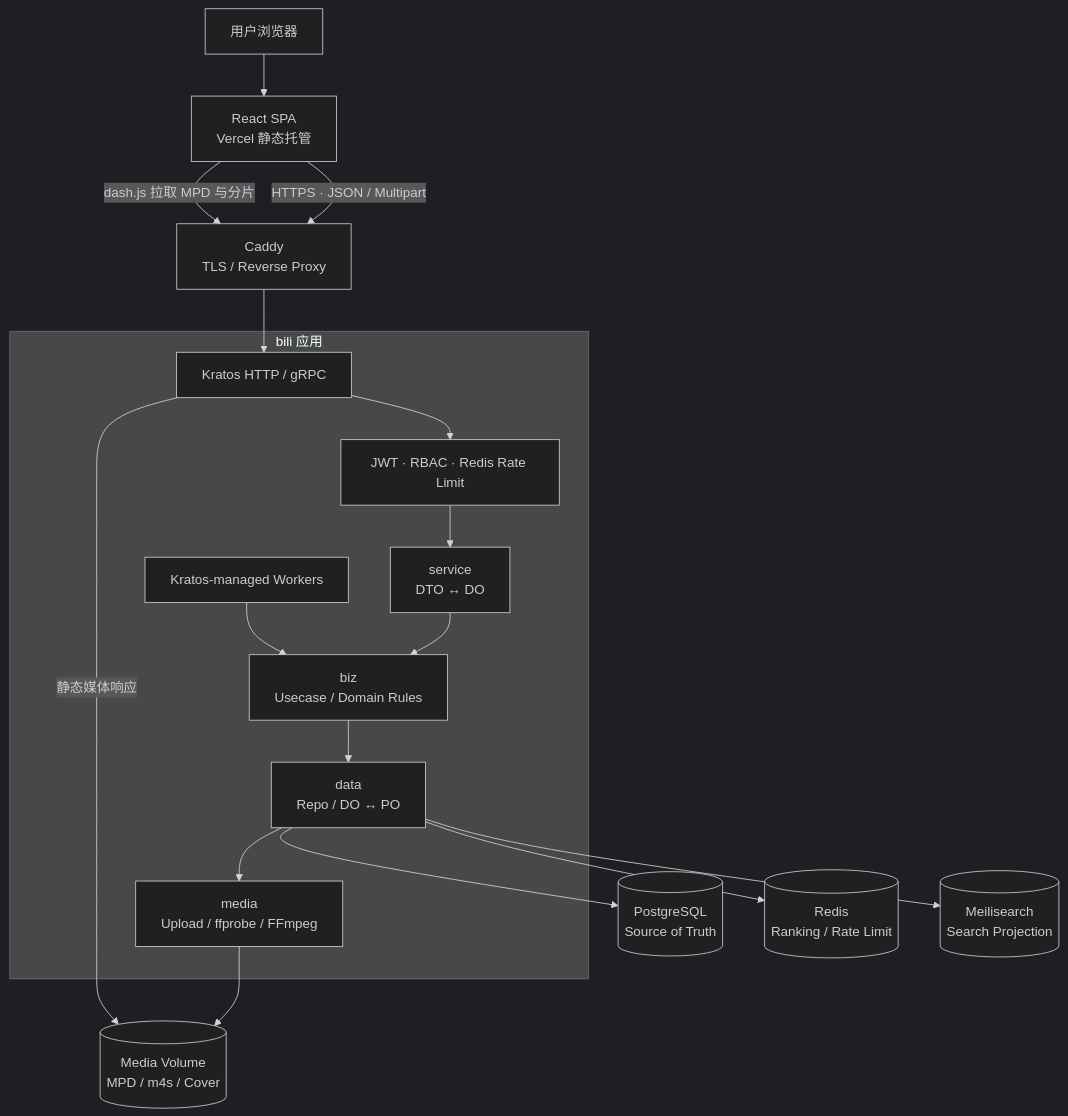
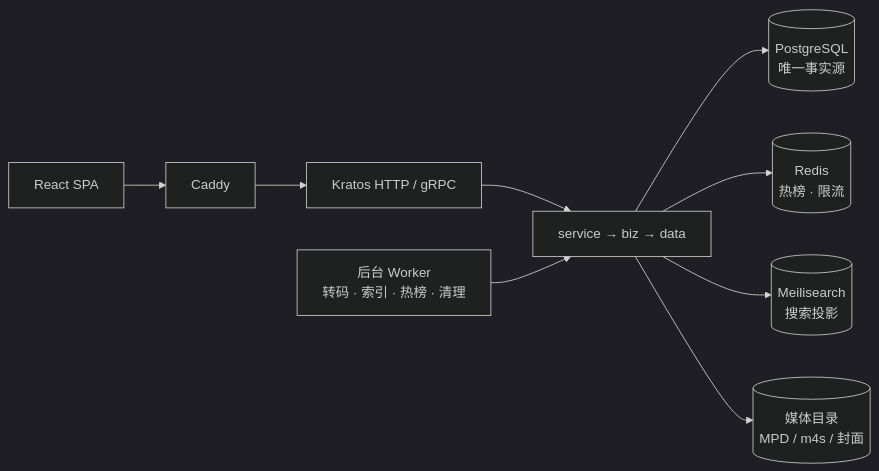
One commit to Jingmozhiyu/bilibili-lite changed the first of 2 diagrams in README.md. Above: the diagram before and after it, drawn with Mermaid (dark theme). The commit also changed other lines of this file and 1 other file, not shown here.

````diff
--- a/README.md
+++ b/README.md
@@ -32,22 +18,10 @@
 ```mermaid
-flowchart TB
-    User["用户浏览器"] --> Web["React SPA<br/>Vercel 静态托管"]
-    Web -->|"HTTPS · JSON / Multipart"| Caddy["Caddy<br/>TLS / Reverse Proxy"]
-    Caddy --> API["Kratos HTTP / gRPC"]
-
-    subgraph App["bili 应用"]
-        API --> MW["JWT · RBAC · Redis Rate Limit"]
-        MW --> Service["service<br/>DTO ↔ DO"]
-        Service --> Biz["biz<br/>Usecase / Domain Rules"]
-        Biz --> Data["data<br/>Repo / DO ↔ PO"]
-        Workers["Kratos-managed Workers"] --> Biz
-        Data --> Media["media<br/>Upload / ffprobe / FFmpeg"]
-    end
-
-    Data --> PG[("PostgreSQL<br/>Source of Truth")]
-    Data --> Redis[("Redis<br/>Ranking / Rate Limit")]
-    Data --> Meili[("Meilisearch<br/>Search Projection")]
-    Media --> Files[("Media Volume<br/>MPD / m4s / Cover")]
-    API -->|"静态媒体响应"| Files
-    Web -->|"dash.js 拉取 MPD 与分片"| Caddy
+flowchart LR
+    Web["React SPA"] --> Caddy["Caddy"] --> API["Kratos HTTP / gRPC"]
+    API --> Biz["service → biz → data"]
+    Workers["后台 Worker<br/>转码 · 索引 · 热榜 · 清理"] --> Biz
+    Biz --> PG[("PostgreSQL<br/>唯一事实源")]
+    Biz --> Redis[("Redis<br/>热榜 · 限流")]
+    Biz --> Meili[("Meilisearch<br/>搜索投影")]
+    Biz --> Files[("媒体目录<br/>MPD / m4s / 封面")]
 ```
````
